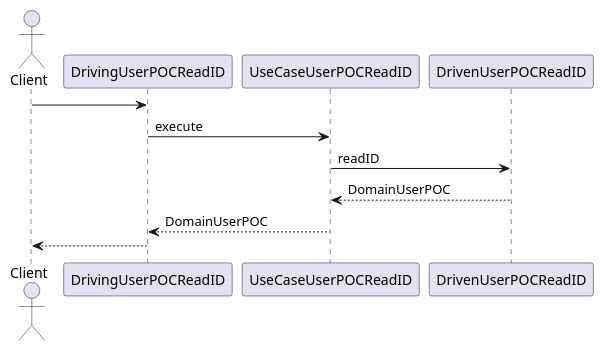
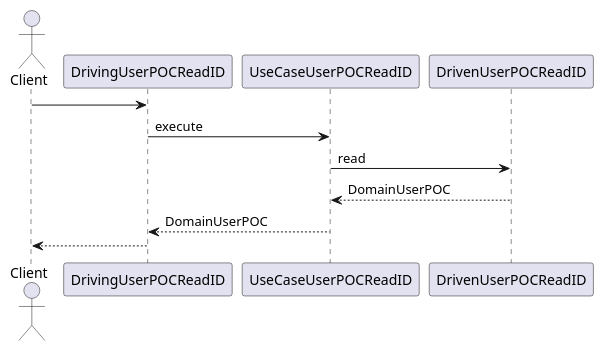
Before and after one commit to smhmayboudi/hono-poc: the diagram in src/domain/user-poc/application/use-case/user-poc-read-id.puml, drawn with PlantUML. The commit also changed 14 other files, not shown here.

```diff
--- a/src/domain/user-poc/application/use-case/user-poc-read-id.puml
+++ b/src/domain/user-poc/application/use-case/user-poc-read-id.puml
@@ -1,9 +1,9 @@
 @startuml UserPOC UseCase ReadID
 actor Client
 Client -> DrivingUserPOCReadID
 DrivingUserPOCReadID -> UseCaseUserPOCReadID: execute
-UseCaseUserPOCReadID -> DrivenUserPOCReadID: readID
+UseCaseUserPOCReadID -> DrivenUserPOCReadID: read
 DrivenUserPOCReadID --> UseCaseUserPOCReadID: DomainUserPOC
 UseCaseUserPOCReadID --> DrivingUserPOCReadID: DomainUserPOC
 DrivingUserPOCReadID --> Client
 @enduml
```
